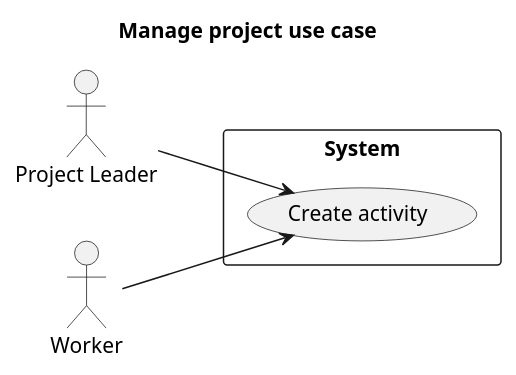
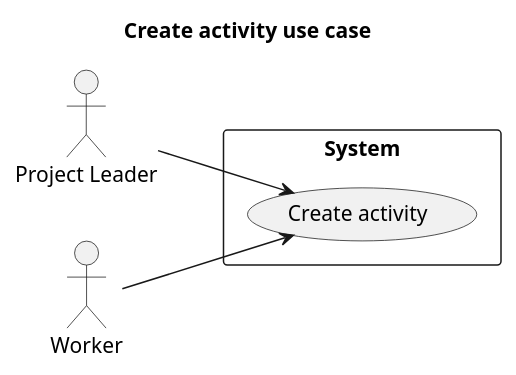
Before and after one commit to Shuhab-Siddigi/Software-Engineering: the diagram in usecases/Activity/create_activity.md, drawn with PlantUML. The commit also changed 8 other files, not shown here.

Commit message:
created sequence diagram

````diff
--- a/usecases/Activity/create_activity.md
+++ b/usecases/Activity/create_activity.md
@@ -3,17 +3,17 @@
 ```plantuml
 @startuml
 left to right direction
-title Manage project use case
+title Create activity use case
 actor "Project Leader" as pl
 actor "Worker" as wo
 
 rectangle System {
   usecase "Create activity" as UC3
 pl --> UC3
 wo --> UC3
 
 }
 
 
 @enduml
 ```
````
